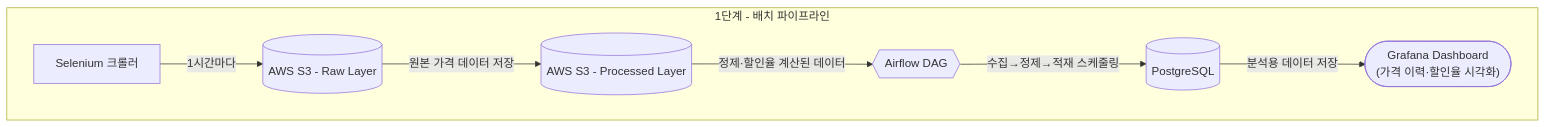
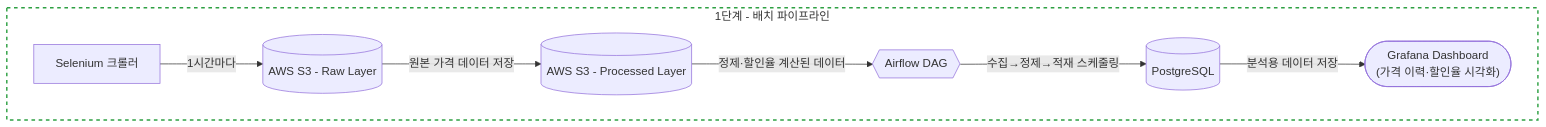
Before and after one commit to hyochangsung/coupang-price-watch: the first of 2 diagrams in README.md, drawn with Mermaid. The commit also changed other lines of this file, not shown here.

Commit message:
docs: README.md 다이어그램 색상 교체

````diff
--- a/README.md
+++ b/README.md
@@ -33,10 +33,11 @@
 ```mermaid
 flowchart TD
     subgraph Stage1 ["1단계 - 배치 파이프라인"]
         A["Selenium 크롤러"] -->|1시간마다| B[("AWS S3 - Raw Layer")]
         B -->|원본 가격 데이터 저장| C[("AWS S3 - Processed Layer")]
         C -->|정제·할인율 계산된 데이터| D{{"Airflow DAG"}}
         D -->|수집→정제→적재 스케줄링| E[("PostgreSQL")]
         E -->|분석용 데이터 저장| F(["Grafana Dashboard<br>(가격 이력·할인율 시각화)"])
     end
+    style Stage1 fill:transparent,stroke:#2ea043,stroke-width:2px,stroke-dasharray: 5 5
 ```
````
